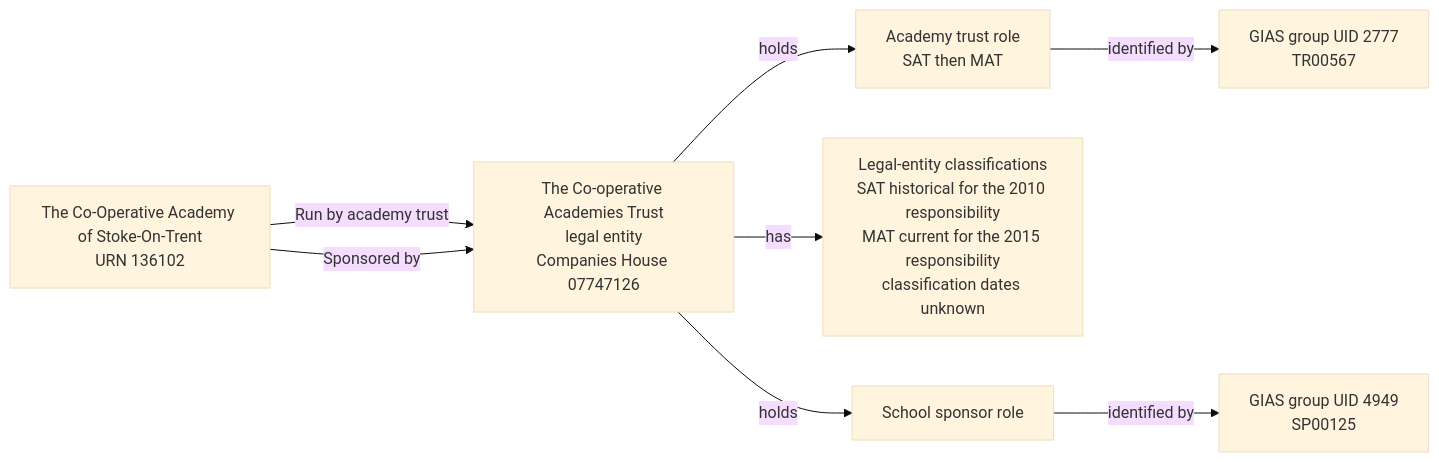
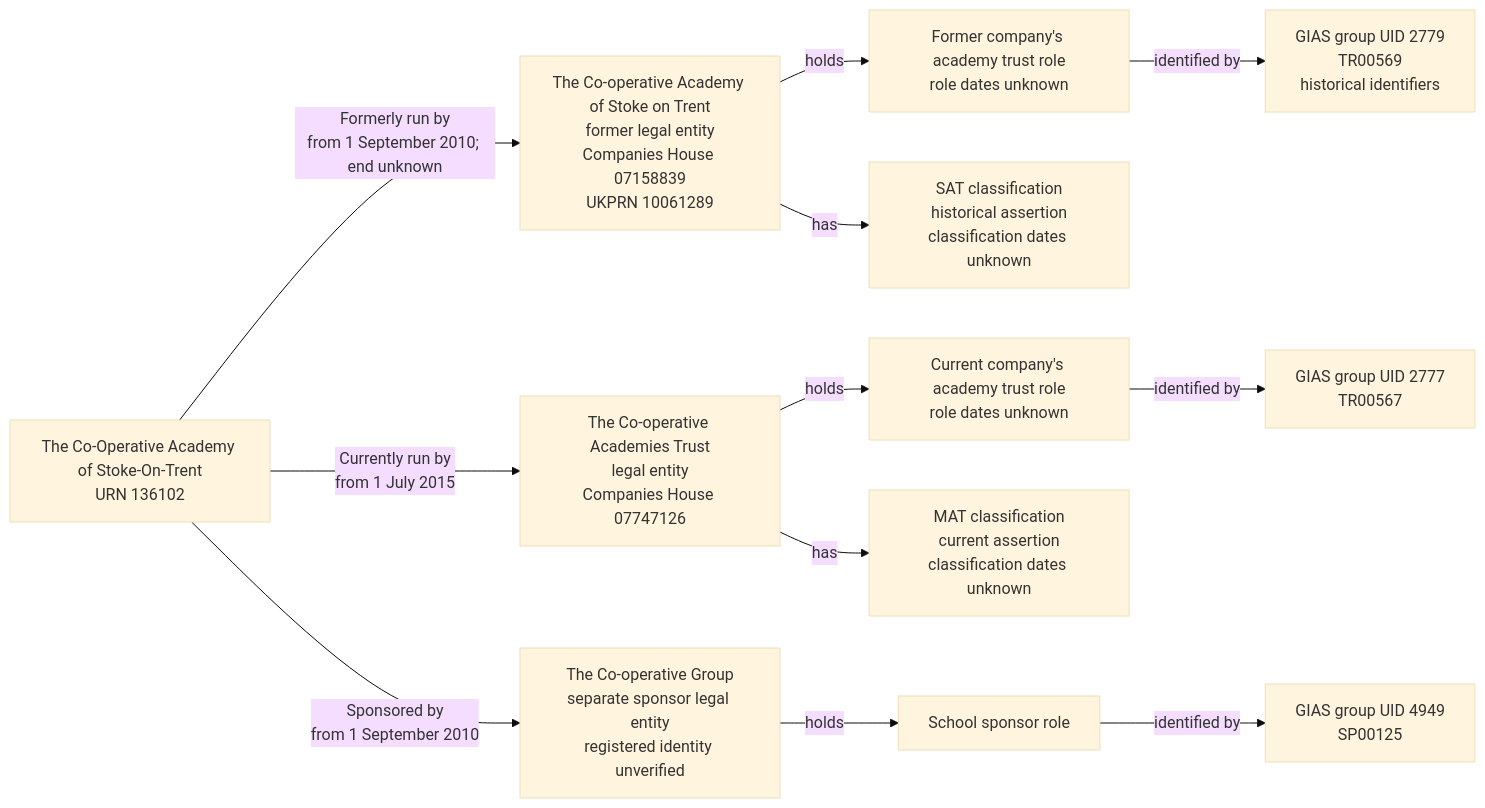
Before and after one commit to DFE-Digital/education-provider-registry-docs: the diagram in models/schema/establishment/cases/t1-urn-136102-co-operative-academy-stoke-on-trent.md, drawn with Mermaid (base theme). The commit also changed other lines of this file and 49 other files, not shown here.

````diff
--- a/models/schema/establishment/cases/t1-urn-136102-co-operative-academy-stoke-on-trent.md
+++ b/models/schema/establishment/cases/t1-urn-136102-co-operative-academy-stoke-on-trent.md
@@ -47,18 +38,27 @@
 ```mermaid
 flowchart LR
     E["The Co-Operative Academy of Stoke-On-Trent<br/>URN 136102"]
     L["The Co-operative Academies Trust<br/>legal entity<br/>Companies House 07747126"]
-    M["Academy trust role<br/>SAT then MAT"]
-    T["Legal-entity classifications<br/>SAT historical for the 2010 responsibility<br/>MAT current for the 2015 responsibility<br/>classification dates unknown"]
+    P["The Co-operative Academy of Stoke on Trent<br/>former legal entity<br/>Companies House 07158839<br/>UKPRN 10061289"]
+    PR["Former company's academy trust role<br/>role dates unknown"]
+    PC["SAT classification<br/>historical assertion<br/>classification dates unknown"]
+    PU["GIAS group UID 2779<br/>TR00569<br/>historical identifiers"]
+    M["Current company's academy trust role<br/>role dates unknown"]
+    T["MAT classification<br/>current assertion<br/>classification dates unknown"]
     S["School sponsor role"]
+    G["The Co-operative Group<br/>separate sponsor legal entity<br/>registered identity unverified"]
     MU["GIAS group UID 2777<br/>TR00567"]
     SU["GIAS group UID 4949<br/>SP00125"]
 
-    E -->|"Run by academy trust"| L
-    E -->|"Sponsored by"| L
+    E -->|"Formerly run by<br/>from 1 September 2010; end unknown"| P
+    P -->|"holds"| PR
+    P -->|"has"| PC
+    PR -->|"identified by"| PU
+    E -->|"Currently run by<br/>from 1 July 2015"| L
+    E -->|"Sponsored by<br/>from 1 September 2010"| G
     L -->|"holds"| M
     L -->|"has"| T
-    L -->|"holds"| S
+    G -->|"holds"| S
     M -->|"identified by"| MU
     S -->|"identified by"| SU
 ```
````
